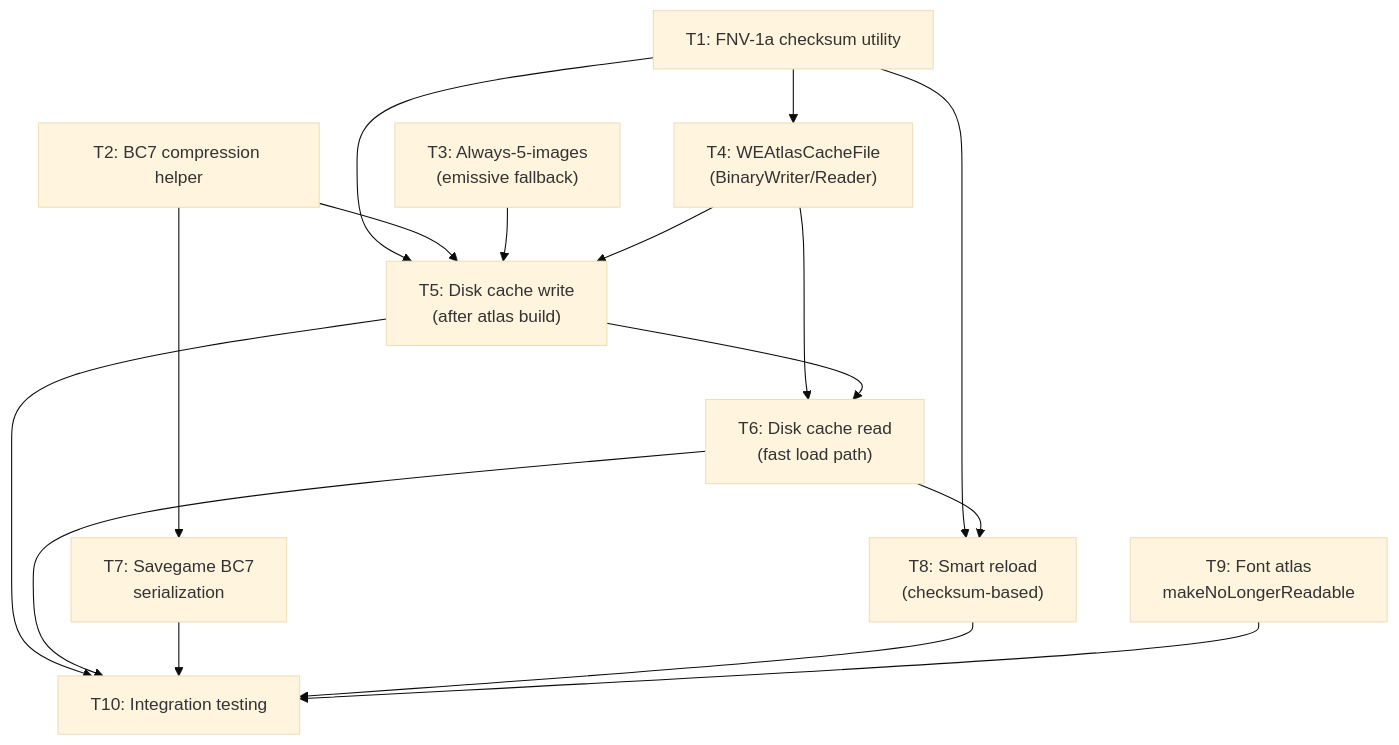
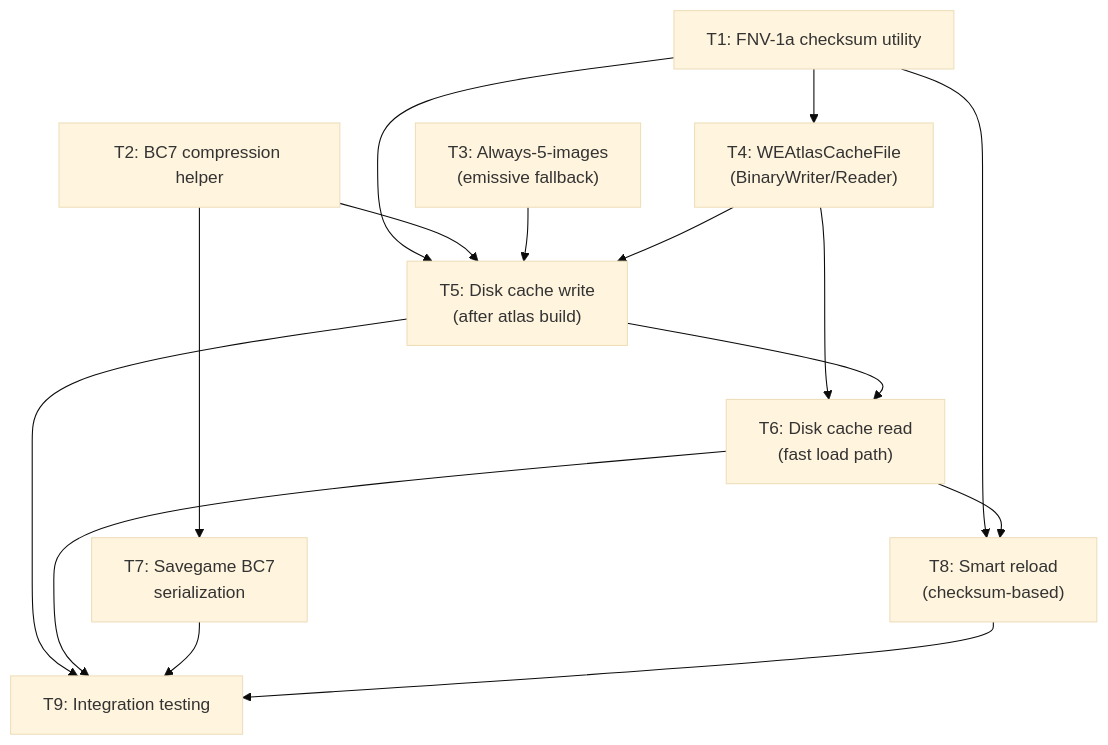
The first of 2 diagrams in .klyte-kanban/RefsLibrary/2026041222_TextureSwapResearch/05_SprintRoadmap.md (klyte45/CS2-WriteEverywhere), drawn with Mermaid (base theme) before and after one commit. The commit also changed other lines of this file and 12 other files, not shown here.

````diff
--- a/.klyte-kanban/RefsLibrary/2026041222_TextureSwapResearch/05_SprintRoadmap.md
+++ b/.klyte-kanban/RefsLibrary/2026041222_TextureSwapResearch/05_SprintRoadmap.md
@@ -25,29 +30,27 @@
 ```mermaid
 flowchart TB
     T1["T1: FNV-1a checksum utility"]
     T2["T2: BC7 compression helper"]
     T3["T3: Always-5-images<br/>(emissive fallback)"]
     T4["T4: WEAtlasCacheFile<br/>(BinaryWriter/Reader)"]
     T5["T5: Disk cache write<br/>(after atlas build)"]
     T6["T6: Disk cache read<br/>(fast load path)"]
     T7["T7: Savegame BC7<br/>serialization"]
     T8["T8: Smart reload<br/>(checksum-based)"]
-    T9["T9: Font atlas<br/>makeNoLongerReadable"]
-    T10["T10: Integration testing"]
+    T9["T9: Integration testing"]
     
     T1 --> T4
     T1 --> T5
     T1 --> T8
     T2 --> T5
     T2 --> T7
     T3 --> T5
     T4 --> T5
     T4 --> T6
     T5 --> T6
     T6 --> T8
-    T5 --> T10
-    T6 --> T10
-    T7 --> T10
-    T8 --> T10
-    T9 --> T10
+    T5 --> T9
+    T6 --> T9
+    T7 --> T9
+    T8 --> T9
 ```
````
